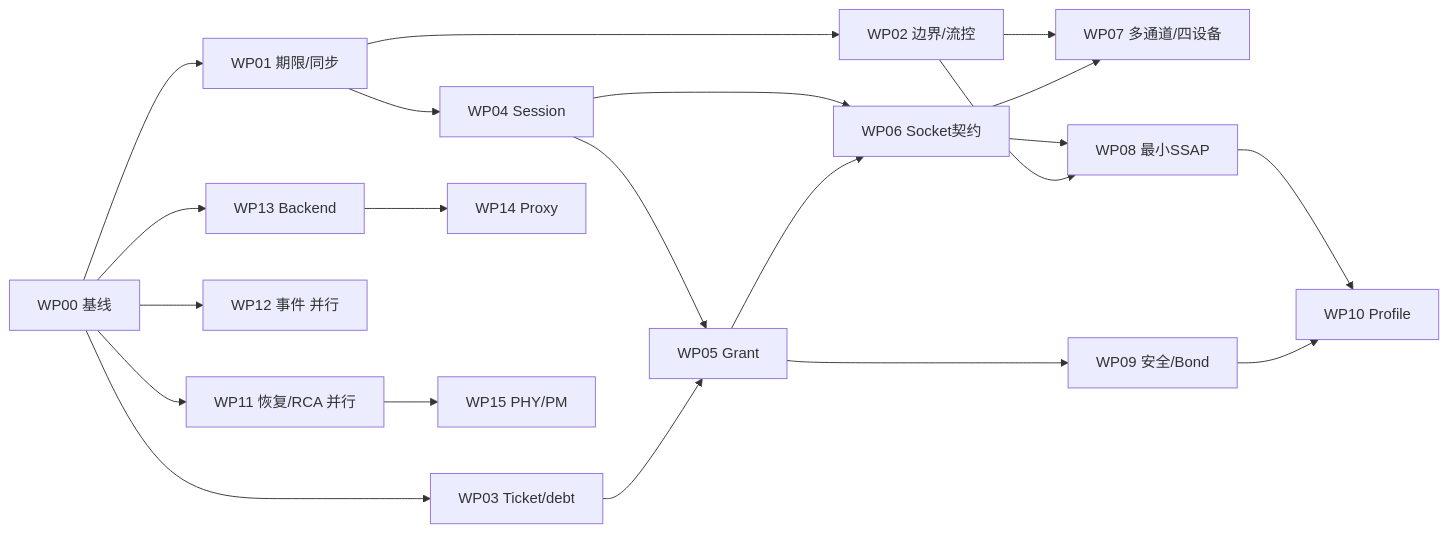
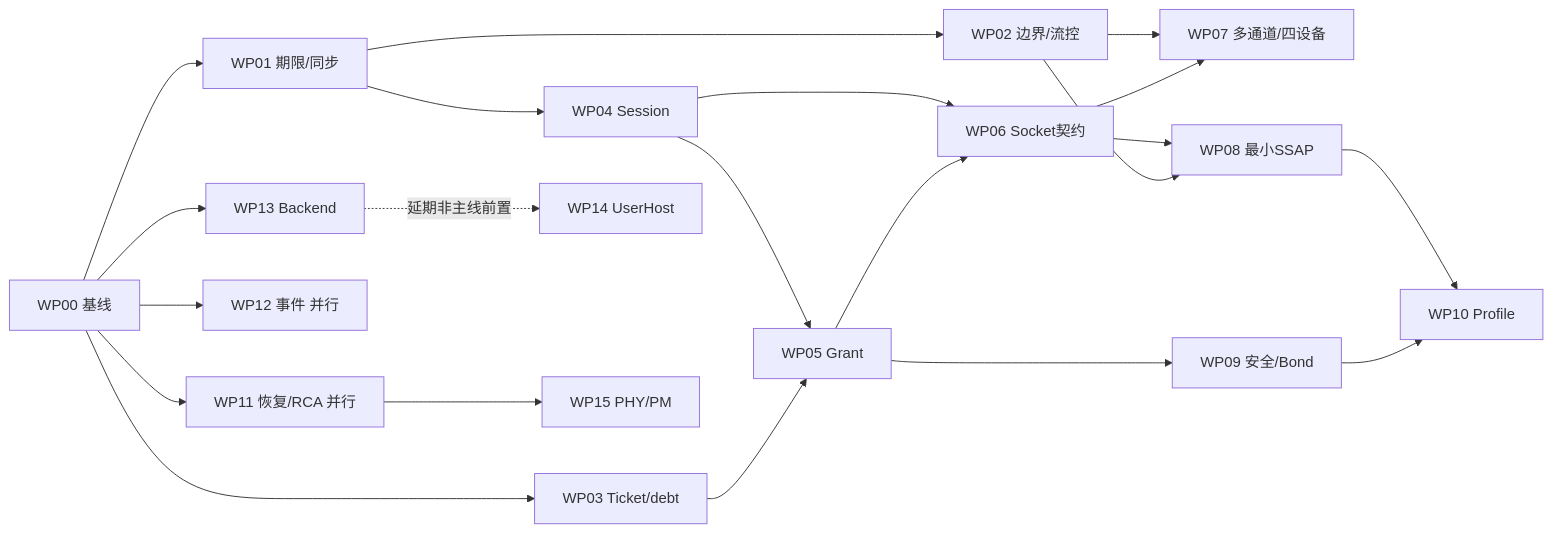
Before and after one commit to OpenSparklink/sparklink: the diagram in docs/IMPLEMENTATION_PLAN.md, drawn with Mermaid. The commit also changed other lines of this file and 8 other files, not shown here.

First line of the commit message:
docs(sparklink): defer optional exclusive UserHost instead of fixed vendor Proxy

````diff
--- a/docs/IMPLEMENTATION_PLAN.md
+++ b/docs/IMPLEMENTATION_PLAN.md
@@ -955,23 +979,23 @@
 ```mermaid
 flowchart LR
     A[WP00 基线] --> B[WP01 期限/同步]
     B --> C[WP02 边界/流控]
     B --> D[WP04 Session]
     A --> E[WP03 Ticket/debt]
     D --> F[WP05 Grant]
     E --> F
     D --> G[WP06 Socket契约]
     F --> G
     C --> H[WP07 多通道/四设备]
     G --> H
     G --> I[WP08 最小SSAP]
     C --> I
     F --> J[WP09 安全/Bond]
     I --> K[WP10 Profile]
     J --> K
     A --> R[WP11 恢复/RCA 并行]
     A --> V[WP12 事件 并行]
     A --> X[WP13 Backend]
-    X --> Y[WP14 Proxy]
+    X -. 延期非主线前置 .-> Y[WP14 UserHost]
     R --> Z[WP15 PHY/PM]
 ```
````
